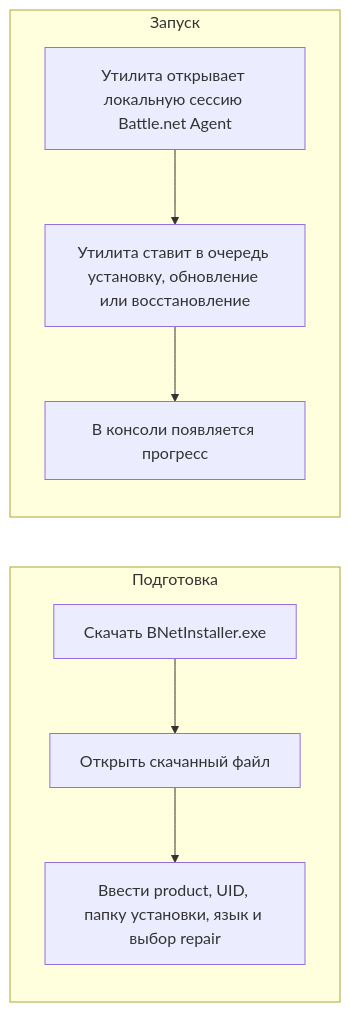
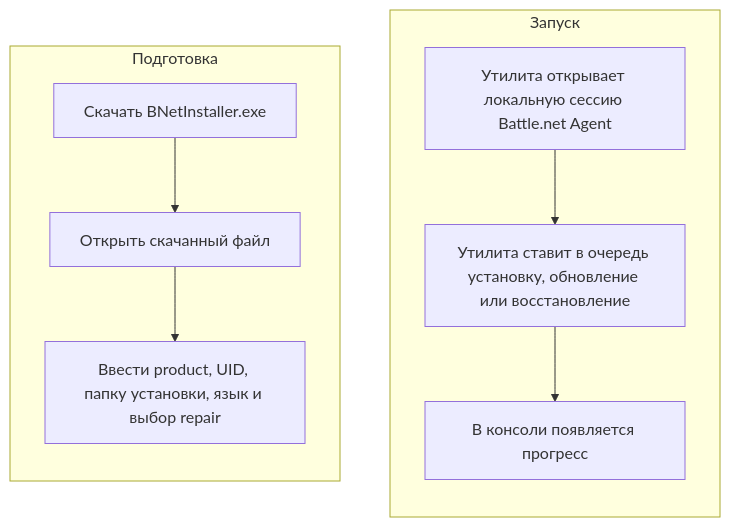
Before and after one commit to DokPlay/Battle.Net-Installer: the diagram in README.ru.md, drawn with Mermaid. The commit also changed 1 other file, not shown here.

Commit message:
Keep README flow diagrams side by side

````diff
--- a/README.ru.md
+++ b/README.ru.md
@@ -52,20 +52,22 @@
 ```mermaid
 flowchart LR
     subgraph LEFT["Подготовка"]
         direction TB
         A["Скачать BNetInstaller.exe"]
         B["Открыть скачанный файл"]
         C["Ввести product, UID, папку установки, язык и выбор repair"]
         A --> B
         B --> C
     end
 
     subgraph RIGHT["Запуск"]
         direction TB
         D["Утилита открывает локальную сессию Battle.net Agent"]
         E["Утилита ставит в очередь установку, обновление или восстановление"]
         F["В консоли появляется прогресс"]
         D --> E
         E --> F
     end
+
+    LEFT ~~~ RIGHT
 ```
````
